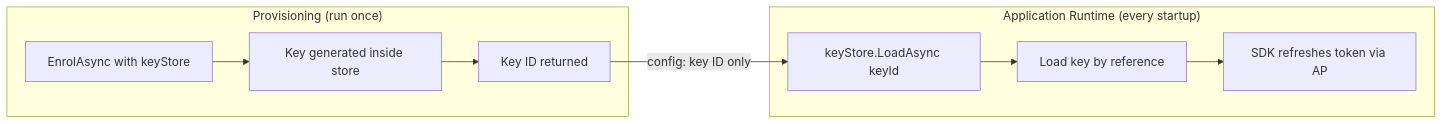
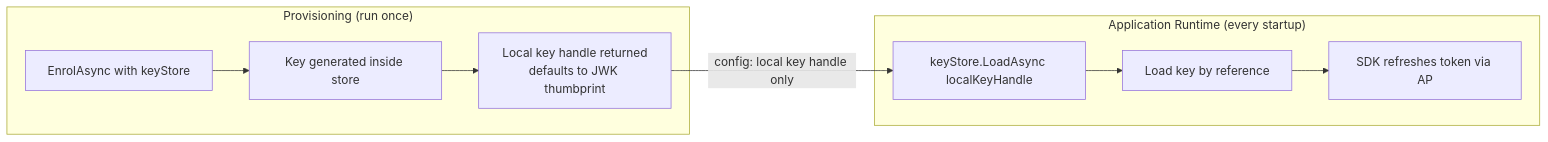
Before and after one commit to aauth-dev/dotnet-samples: the second of 5 diagrams in docs/workflows/bootstrap-enrollment.md, drawn with Mermaid. The commit also changed other lines of this file and 10 other files, not shown here.

Commit message:
Update docs to use LocalKeyHandle and clarify AP/agent key separation

````diff
--- a/docs/workflows/bootstrap-enrollment.md
+++ b/docs/workflows/bootstrap-enrollment.md
@@ -29,18 +31,18 @@
 ```mermaid
 flowchart LR
     subgraph Provisioning["Provisioning (run once)"]
         E1[EnrolAsync with keyStore]
         E2[Key generated inside store]
-        E3[Key ID returned]
+        E3[Local key handle returned<br/>defaults to JWK thumbprint]
         E1 --> E2 --> E3
     end
 
     subgraph Runtime["Application Runtime (every startup)"]
-        R1[keyStore.LoadAsync keyId]
+        R1[keyStore.LoadAsync localKeyHandle]
         R2[Load key by reference]
         R3[SDK refreshes token via AP]
         R1 --> R2 --> R3
     end
 
-    E3 -- "config: key ID only" --> R1
+    E3 -- "config: local key handle only" --> R1
 ```
````
